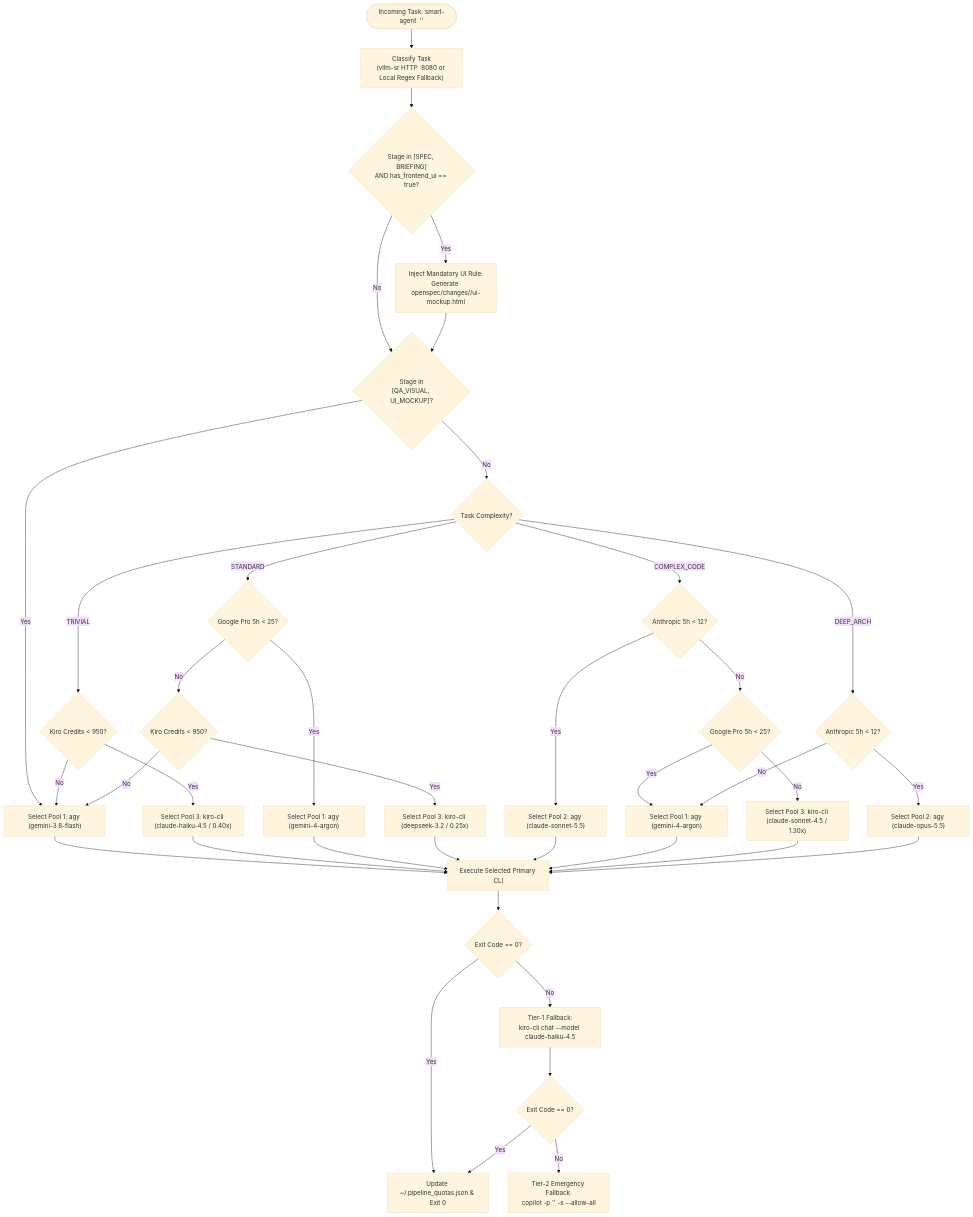
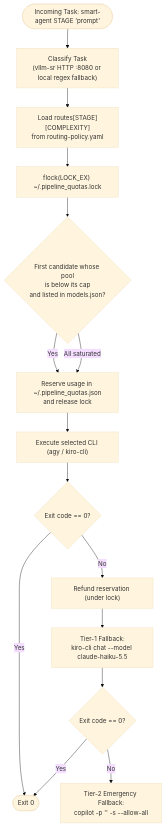
The diagram in docs/quota-arbitration.md (gbntr/agenthub), drawn with Mermaid (base theme) before and after one commit. The commit also changed other lines of this file and 21 other files, not shown here.

First line of the commit message:
feat: AgentHub v2 Run 1 - declarative routing, flock quotas, token optimization stack (#1)

````diff
--- a/docs/quota-arbitration.md
+++ b/docs/quota-arbitration.md
@@ -51,40 +74,17 @@
 ```mermaid
 flowchart TD
-    Start(["Incoming Task: smart-agent <STAGE> '<prompt>'"]) --> Classify["Classify Task<br/>(vllm-sr HTTP :8080 or Local Regex Fallback)"]
-    Classify --> CheckUI{"Stage in [SPEC, BRIEFING]<br/>AND has_frontend_ui == true?"}
-    CheckUI -- Yes --> InjectUI["Inject Mandatory UI Rule:<br/>Generate openspec/changes/<id>/ui-mockup.html"]
-    CheckUI -- No --> CheckStage
-    InjectUI --> CheckStage{"Stage in<br/>[QA_VISUAL, UI_MOCKUP]?"}
-
-    CheckStage -- Yes --> RouteFlash["Select Pool 1: agy (gemini-3.8-flash)"]
-    CheckStage -- No --> CheckComp{"Task Complexity?"}
-
-    CheckComp -- TRIVIAL --> Q_Kiro1{"Kiro Credits < 950?"}
-    Q_Kiro1 -- Yes --> RouteKiroHaiku["Select Pool 3: kiro-cli (claude-haiku-4.5 / 0.40x)"]
-    Q_Kiro1 -- No --> RouteFlash
-
-    CheckComp -- STANDARD --> Q_GPro{"Google Pro 5h < 25?"}
-    Q_GPro -- Yes --> RouteGPro["Select Pool 1: agy (gemini-4-argon)"]
-    Q_GPro -- No --> Q_Kiro2{"Kiro Credits < 950?"}
-    Q_Kiro2 -- Yes --> RouteKiroLuna["Select Pool 3: kiro-cli (deepseek-3.2 / 0.25x)"]
-    Q_Kiro2 -- No --> RouteFlash
-
-    CheckComp -- COMPLEX_CODE --> Q_Anth1{"Anthropic 5h < 12?"}
-    Q_Anth1 -- Yes --> RouteSonnet["Select Pool 2: agy (claude-sonnet-5.5)"]
-    Q_Anth1 -- No --> Q_GPro2{"Google Pro 5h < 25?"}
-    Q_GPro2 -- Yes --> RouteArgon["Select Pool 1: agy (gemini-4-argon)"]
-    Q_GPro2 -- No --> RouteKiroSonnet["Select Pool 3: kiro-cli (claude-sonnet-4.5 / 1.30x)"]
-
-    CheckComp -- DEEP_ARCH --> Q_Anth2{"Anthropic 5h < 12?"}
-    Q_Anth2 -- Yes --> RouteOpus["Select Pool 2: agy (claude-opus-5.5)"]
-    Q_Anth2 -- No --> RouteArgon
-
-    RouteFlash & RouteKiroHaiku & RouteGPro & RouteKiroLuna & RouteSonnet & RouteArgon & RouteKiroSonnet & RouteOpus --> ExecPrimary["Execute Selected Primary CLI"]
-
-    ExecPrimary --> CheckExit{"Exit Code == 0?"}
-    CheckExit -- Yes --> SaveQuota["Update ~/.pipeline_quotas.json & Exit 0"]
-    CheckExit -- No --> FB1["Tier-1 Fallback:<br/>kiro-cli chat --model claude-haiku-4.5"]
-    FB1 --> CheckFB1{"Exit Code == 0?"}
-    CheckFB1 -- Yes --> SaveQuota
+    Start(["Incoming Task: smart-agent STAGE 'prompt'"]) --> Classify["Classify Task<br/>(vllm-sr HTTP :8080 or local regex fallback)"]
+    Classify --> Chain["Load routes[STAGE][COMPLEXITY]<br/>from routing-policy.yaml"]
+    Chain --> Lock["flock(LOCK_EX) ~/.pipeline_quotas.lock"]
+    Lock --> Pick{"First candidate whose pool<br/>is below its cap<br/>and listed in models.json?"}
+    Pick -- Yes --> Reserve["Reserve usage in ~/.pipeline_quotas.json<br/>and release lock"]
+    Pick -- "All saturated" --> Reserve
+    Reserve --> Exec["Execute selected CLI (agy / kiro-cli)"]
+    Exec --> Exit{"Exit code == 0?"}
+    Exit -- Yes --> Done(["Exit 0"])
+    Exit -- No --> Refund["Refund reservation (under lock)"]
+    Refund --> FB1["Tier-1 Fallback:<br/>kiro-cli chat --model claude-haiku-5.5"]
+    FB1 --> CheckFB1{"Exit code == 0?"}
+    CheckFB1 -- Yes --> Done
     CheckFB1 -- No --> FB2["Tier-2 Emergency Fallback:<br/>copilot -p '<prompt>' -s --allow-all"]
 ```
````
